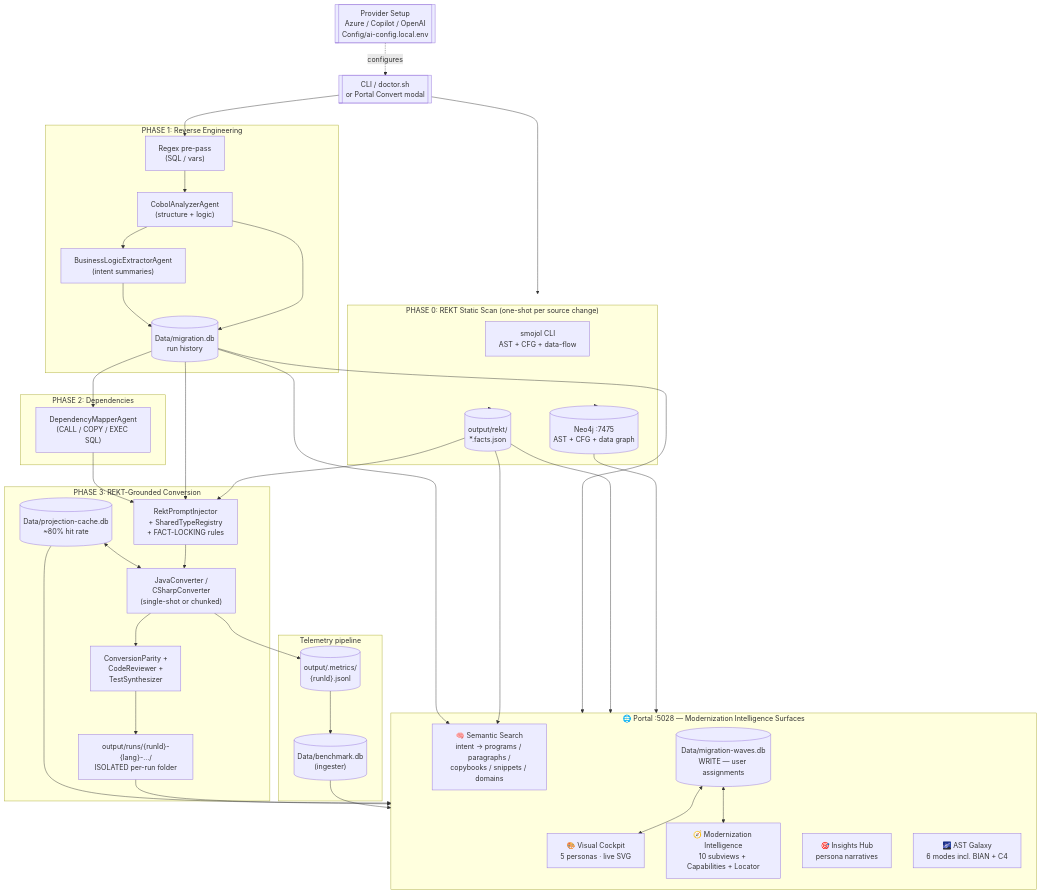
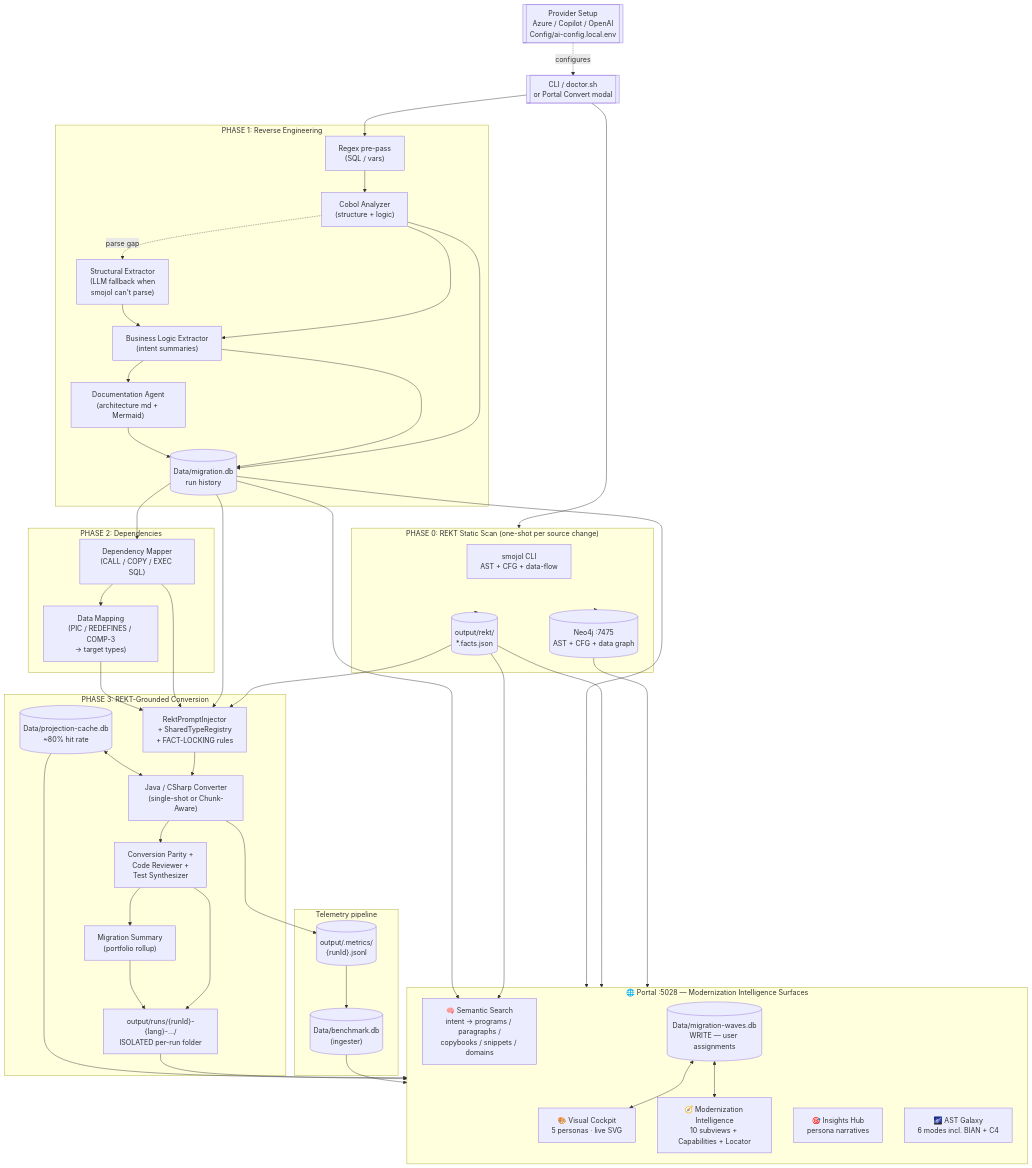
The eighth of 10 diagrams in README.md (Azure-Samples/Legacy-Modernization-Agents), drawn with Mermaid before and after one commit. The commit also changed other lines of this file and 1 other file, not shown here.

```diff
--- a/README.md
+++ b/README.md
@@ -1636,20 +1731,24 @@
 
   subgraph ANALYZE_PHASE["PHASE 1: Reverse Engineering"]
       REGEX["Regex pre-pass<br/>(SQL / vars)"]
-      ANALYZER["CobolAnalyzerAgent<br/>(structure + logic)"]
-      BIZLOGIC["BusinessLogicExtractorAgent<br/>(intent summaries)"]
+      ANALYZER["Cobol Analyzer<br/>(structure + logic)"]
+      STRUCT["Structural Extractor<br/>(LLM fallback when<br/>smojol can't parse)"]
+      BIZLOGIC["Business Logic Extractor<br/>(intent summaries)"]
+      DOCS["Documentation Agent<br/>(architecture md + Mermaid)"]
       SQLITE[("Data/migration.db<br/>run history")]
   end
 
   subgraph DEPENDENCY_PHASE["PHASE 2: Dependencies"]
-      MAPPER["DependencyMapperAgent<br/>(CALL / COPY / EXEC SQL)"]
+      MAPPER["Dependency Mapper<br/>(CALL / COPY / EXEC SQL)"]
+      DATAMAP["Data Mapping<br/>(PIC / REDEFINES / COMP-3<br/>→ target types)"]
   end
 
   subgraph CONVERT_PHASE["PHASE 3: REKT-Grounded Conversion"]
       INJECT["RektPromptInjector<br/>+ SharedTypeRegistry<br/>+ FACT-LOCKING rules"]
       PROJ[("Data/projection-cache.db<br/>~80% hit rate")]
-      CONVERTER["JavaConverter /<br/>CSharpConverter<br/>(single-shot or chunked)"]
-      PARITY["ConversionParity +<br/>CodeReviewer +<br/>TestSynthesizer"]
+      CONVERTER["Java / CSharp Converter<br/>(single-shot or Chunk-Aware)"]
+      PARITY["Conversion Parity +<br/>Code Reviewer +<br/>Test Synthesizer"]
+      SUMMARY["Migration Summary<br/>(portfolio rollup)"]
       OUTRUN["output/runs/{runId}-{lang}-…/<br/>ISOLATED per-run folder"]
   end
 
@@ -1676,16 +1775,24 @@
   REGEX --> ANALYZER
   ANALYZER --> SQLITE
   ANALYZER --> BIZLOGIC
+  ANALYZER -.->|parse gap| STRUCT
+  STRUCT --> BIZLOGIC
+  BIZLOGIC --> DOCS
   BIZLOGIC --> SQLITE
+  DOCS --> SQLITE
   SQLITE --> MAPPER
+  MAPPER --> DATAMAP
 
   FACTS --> INJECT
   SQLITE --> INJECT
   MAPPER --> INJECT
+  DATAMAP --> INJECT
   INJECT --> CONVERTER
   PROJ <--> CONVERTER
   CONVERTER --> PARITY
   PARITY --> OUTRUN
+  PARITY --> SUMMARY
+  SUMMARY --> OUTRUN
   CONVERTER --> JSONL
   JSONL --> BENCH
 
```
